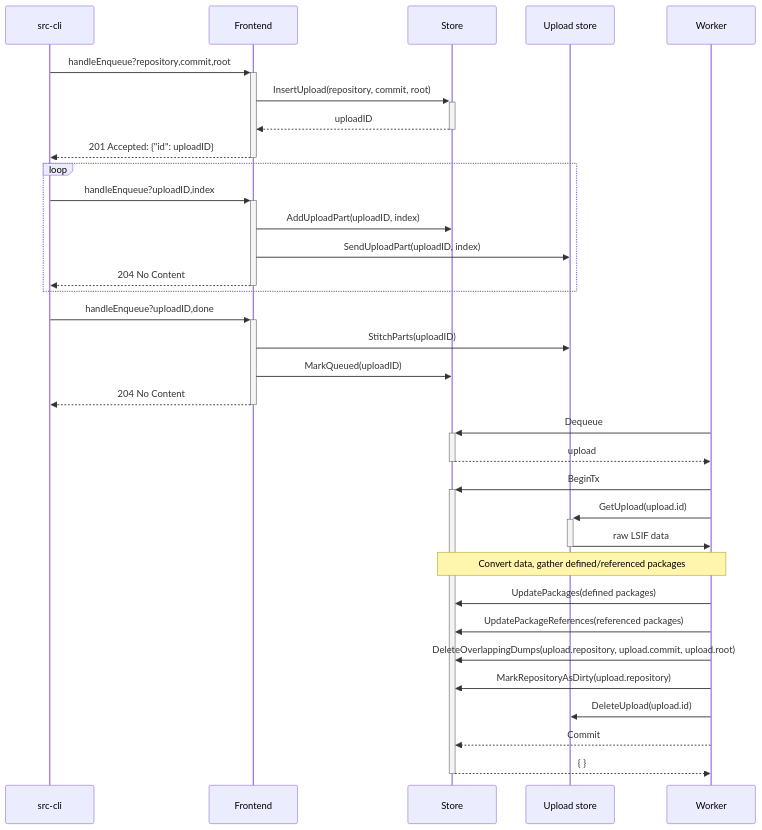
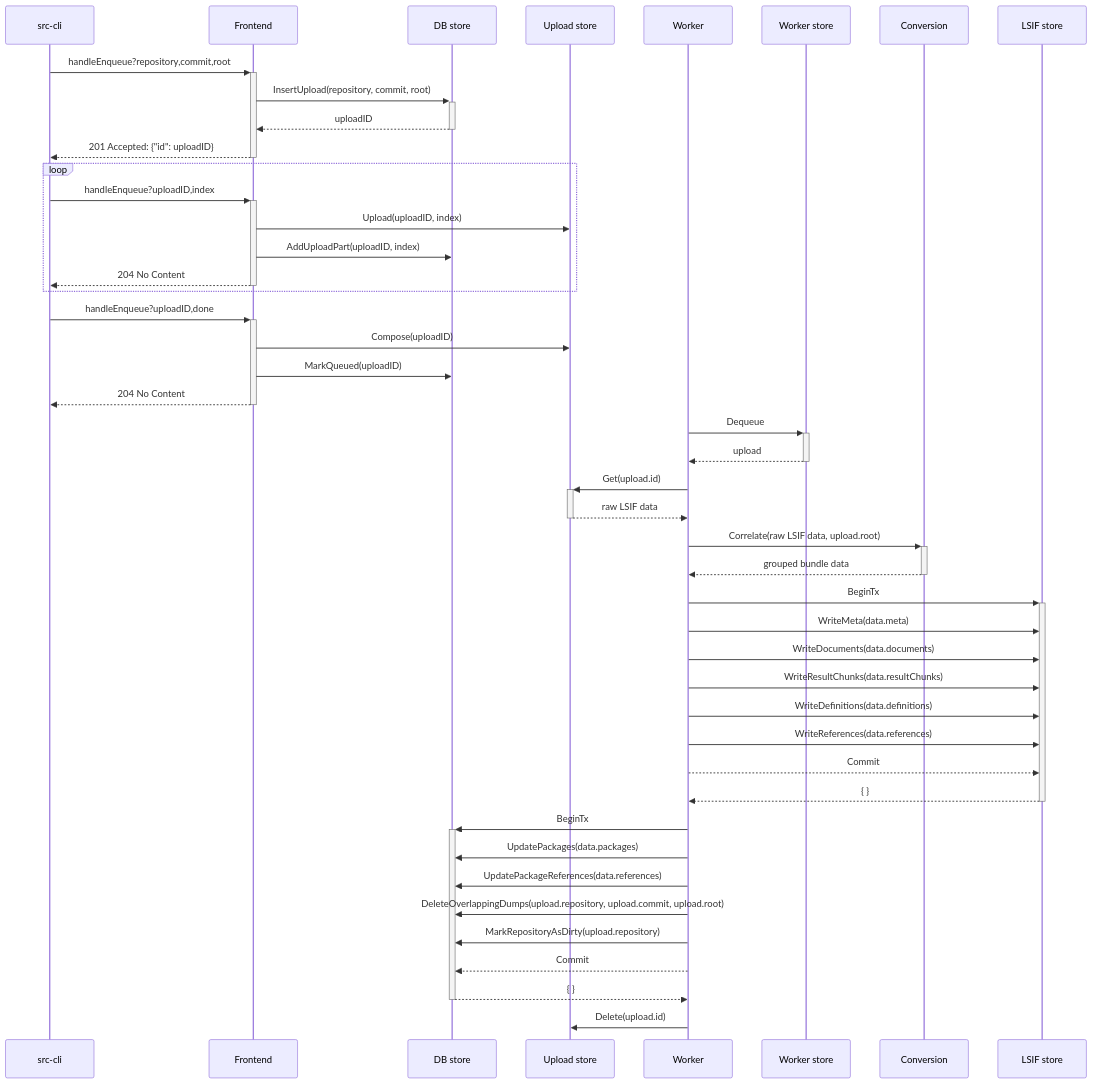
Before and after one commit to sourcegraph/sourcegraph-public-snapshot: the diagram in doc/dev/background-information/codeintel/diagrams/upload.mermaid, drawn with Mermaid. The commit also changed 22 other files, not shown here.

Commit message:
doc: Update code-intel sequence diagrams

```diff
--- a/doc/dev/background-information/codeintel/diagrams/upload.mermaid
+++ b/doc/dev/background-information/codeintel/diagrams/upload.mermaid
@@ -1,34 +1,44 @@
 sequenceDiagram
   src-cli   ->>+ Frontend: handleEnqueue?repository,commit,root
-  Frontend  ->>+ Store: InsertUpload(repository, commit, root)
-  Store    -->>- Frontend: uploadID
+  Frontend  ->>+ DB store: InsertUpload(repository, commit, root)
+  DB store -->>- Frontend: uploadID
   Frontend -->>- src-cli: 201 Accepted: {"id": uploadID}
 
   loop
-    src-cli         ->>+ Frontend: handleEnqueue?uploadID,index
-    Frontend        ->> Store: AddUploadPart(uploadID, index)
-    Frontend        ->> Upload store: SendUploadPart(uploadID, index)
-    Frontend       -->>- src-cli: 204 No Content
+    src-cli      ->>+ Frontend: handleEnqueue?uploadID,index
+    Frontend     ->>  Upload store: Upload(uploadID, index)
+    Frontend     ->>  DB store: AddUploadPart(uploadID, index)
+    Frontend    -->>- src-cli: 204 No Content
   end
 
   src-cli        ->>+ Frontend: handleEnqueue?uploadID,done
-  Frontend       ->> Upload store: StitchParts(uploadID)
-  Frontend       ->> Store: MarkQueued(uploadID)
+  Frontend       ->>  Upload store: Compose(uploadID)
+  Frontend       ->>  DB store: MarkQueued(uploadID)
   Frontend      -->>- src-cli: 204 No Content
 
-  Worker         ->>+ Store: Dequeue
-  Store         -->>- Worker: upload
-  Worker         ->>+ Store: BeginTx
-  Worker         ->>+ Upload store: GetUpload(upload.id)
-  Upload store   ->>- Worker: raw LSIF data
+  Worker         ->>+ Worker store: Dequeue
+  Worker store      -->>- Worker: upload
+  Worker         ->>+ Upload store: Get(upload.id)
+  Upload store  -->>- Worker: raw LSIF data
 
-  Note over Store,Worker: Convert data, gather defined/referenced packages
+  Worker        ->>+ Conversion: Correlate(raw LSIF data, upload.root)
+  Conversion   -->>- Worker: grouped bundle data
 
-  Worker         ->> Store: UpdatePackages(defined packages)
-  Worker         ->> Store: UpdatePackageReferences(referenced packages)
-  Worker         ->> Store: DeleteOverlappingDumps(upload.repository, upload.commit, upload.root)
-  Worker         ->> Store: MarkRepositoryAsDirty(upload.repository)
+  Worker         ->>+ LSIF store: BeginTx
+  Worker         ->>  LSIF store: WriteMeta(data.meta)
+  Worker         ->>  LSIF store: WriteDocuments(data.documents)
+  Worker         ->>  LSIF store: WriteResultChunks(data.resultChunks)
+  Worker         ->>  LSIF store: WriteDefinitions(data.definitions)
+  Worker         ->>  LSIF store: WriteReferences(data.references)
+  Worker        -->>  LSIF store: Commit
+  LSIF store    -->>- Worker: { }
 
-  Worker         ->> Upload store: DeleteUpload(upload.id)
-  Worker        -->> Store: Commit
-  Store         -->>- Worker: { }
+  Worker         ->>+ DB store: BeginTx
+  Worker         ->>  DB store: UpdatePackages(data.packages)
+  Worker         ->>  DB store: UpdatePackageReferences(data.references)
+  Worker         ->>  DB store: DeleteOverlappingDumps(upload.repository, upload.commit, upload.root)
+  Worker         ->>  DB store: MarkRepositoryAsDirty(upload.repository)
+  Worker        -->>  DB store: Commit
+  DB store      -->>- Worker: { }
+
+  Worker         ->>  Upload store: Delete(upload.id)
```
